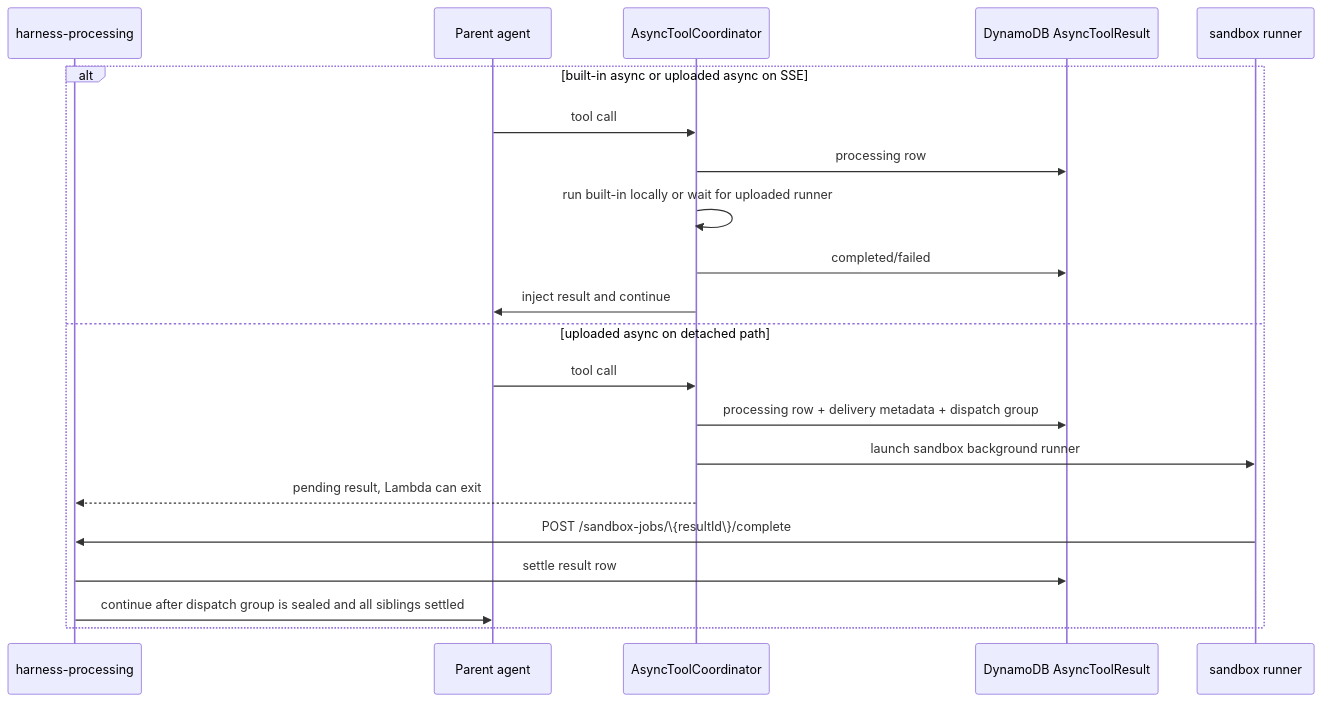
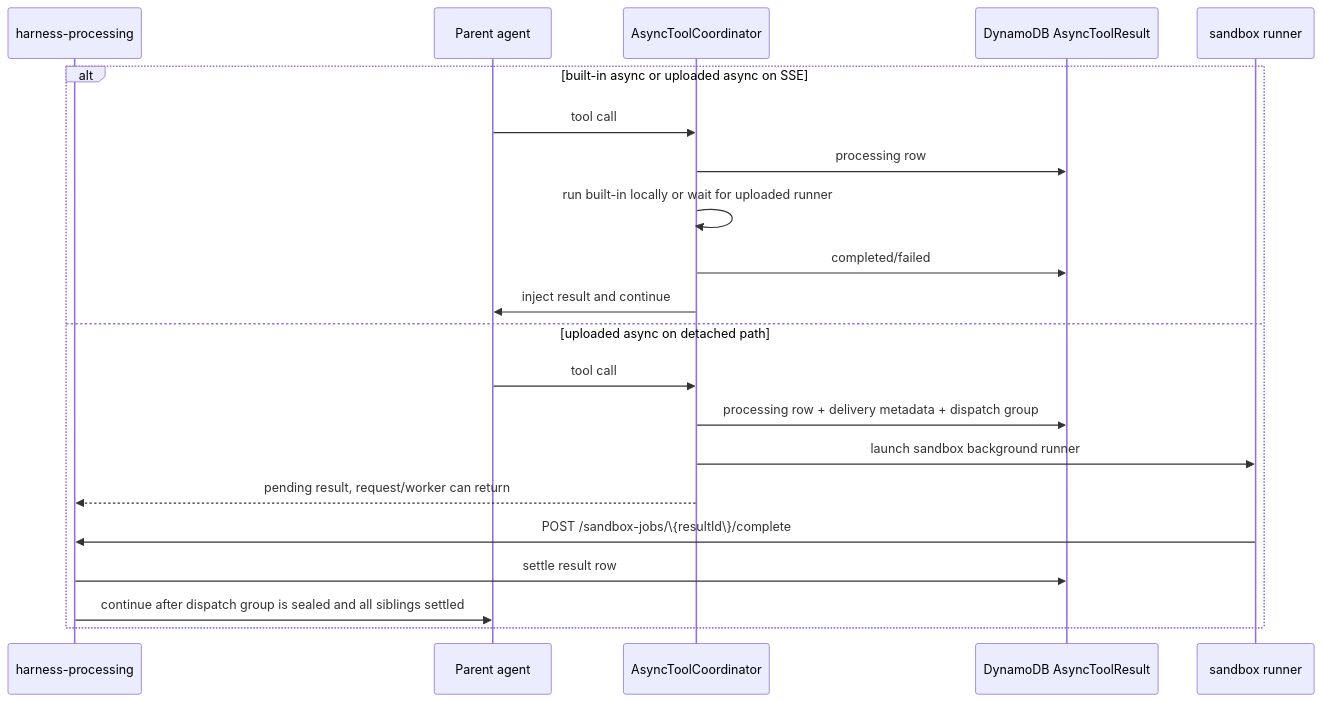
The third of 3 diagrams in apps/docs/docs/tools.md (beeblastco/broods), drawn with Mermaid before and after one commit. The commit also changed other lines of this file and 31 other files, not shown here.

````diff
--- a/apps/docs/docs/tools.md
+++ b/apps/docs/docs/tools.md
@@ -117,24 +117,24 @@
 ```mermaid
 sequenceDiagram
   participant H as harness-processing
   participant P as Parent agent
   participant C as AsyncToolCoordinator
   participant D as DynamoDB AsyncToolResult
   participant W as sandbox runner
 
   alt built-in async or uploaded async on SSE
     P->>C: tool call
     C->>D: processing row
     C->>C: run built-in locally or wait for uploaded runner
     C->>D: completed/failed
     C->>P: inject result and continue
   else uploaded async on detached path
     P->>C: tool call
     C->>D: processing row + delivery metadata + dispatch group
     C->>W: launch sandbox background runner
-    C-->>H: pending result, Lambda can exit
+    C-->>H: pending result, request/worker can return
     W->>H: POST /sandbox-jobs/\{resultId\}/complete
     H->>D: settle result row
     H->>P: continue after dispatch group is sealed and all siblings settled
   end
 ```
````
